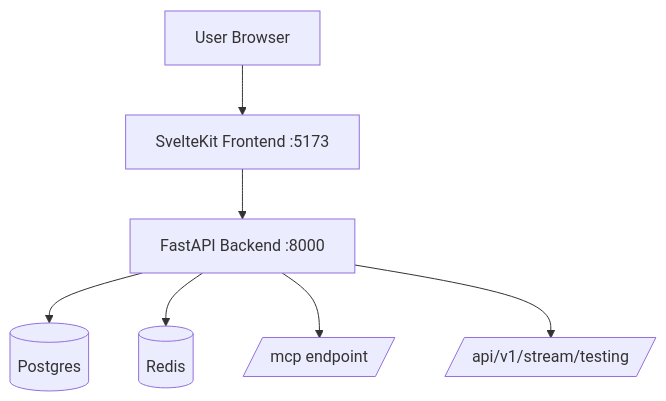
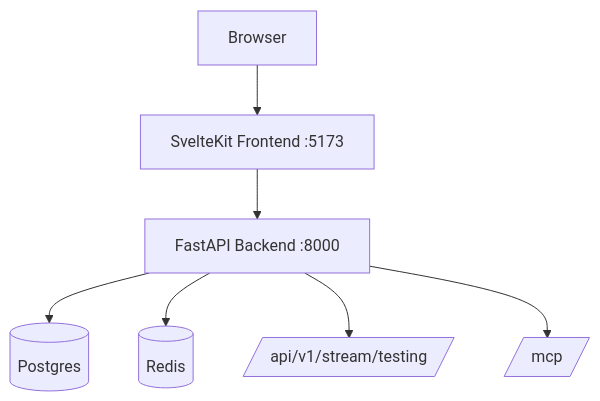
The second of 2 diagrams in README.md (RahimTS/InvariantFlow), drawn with Mermaid before and after one commit. The commit also changed other lines of this file, not shown here.

````diff
--- a/README.md
+++ b/README.md
@@ -46,11 +51,9 @@
 ```mermaid
 flowchart TB
-    U[User Browser] --> FE[SvelteKit Frontend :5173]
+    U[Browser] --> FE[SvelteKit Frontend :5173]
     FE --> BE[FastAPI Backend :8000]
-
     BE --> PG[(Postgres)]
     BE --> RD[(Redis)]
-
-    BE --> MCP[/mcp endpoint/]
     BE --> SSE[/api/v1/stream/testing/]
+    BE --> MCP[/mcp/]
 ```
````
